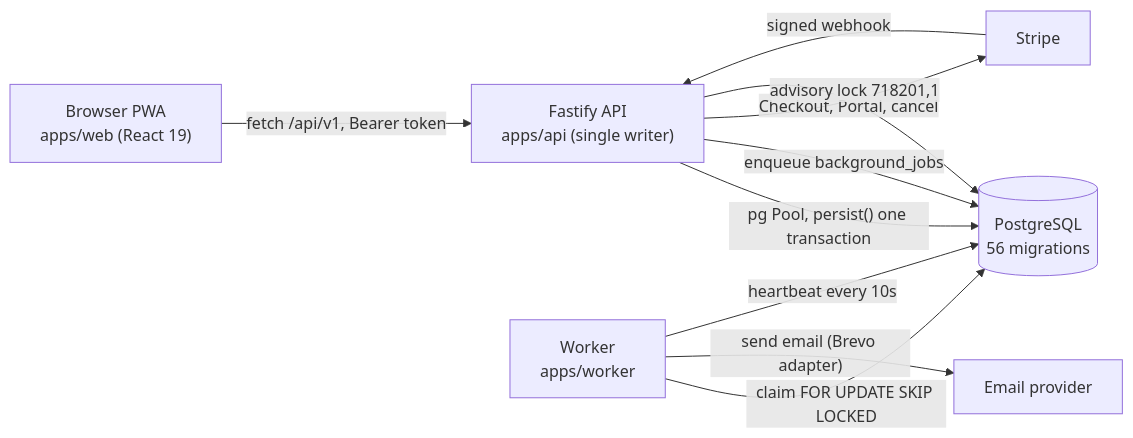
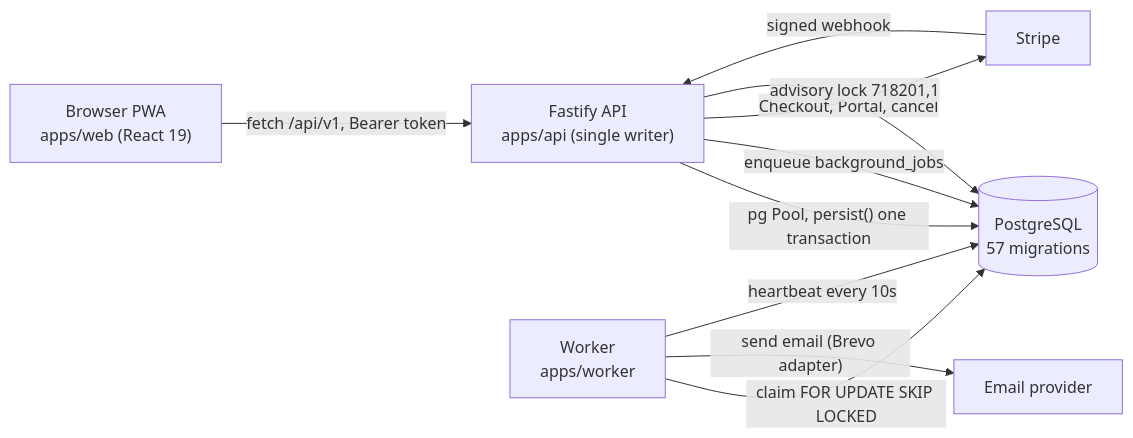
One commit to yhsomani/talentsphere-complete changed the first of 7 diagrams in docs/system-model/02-flows.md. Above: the diagram before and after it, drawn with Mermaid. The commit also changed 12 other files, not shown here.

First line of the commit message:
feat(api): store professional connections in PostgreSQL (#48)

````diff
--- a/docs/system-model/02-flows.md
+++ b/docs/system-model/02-flows.md
@@ -15,12 +15,12 @@
 ```mermaid
 flowchart LR
   Browser["Browser PWA<br/>apps/web (React 19)"] -->|"fetch /api/v1, Bearer token"| API["Fastify API<br/>apps/api (single writer)"]
-  API -->|"pg Pool, persist() one transaction"| PG[("PostgreSQL<br/>56 migrations")]
+  API -->|"pg Pool, persist() one transaction"| PG[("PostgreSQL<br/>57 migrations")]
   API -->|"enqueue background_jobs"| PG
   Worker["Worker<br/>apps/worker"] -->|"claim FOR UPDATE SKIP LOCKED"| PG
   Worker -->|"send email (Brevo adapter)"| Mail["Email provider"]
   API -->|"Checkout, Portal, cancel"| Stripe["Stripe"]
   Stripe -->|"signed webhook"| API
   Worker -->|"heartbeat every 10s"| PG
   API -->|"advisory lock 718201,1"| PG
 ```
````
